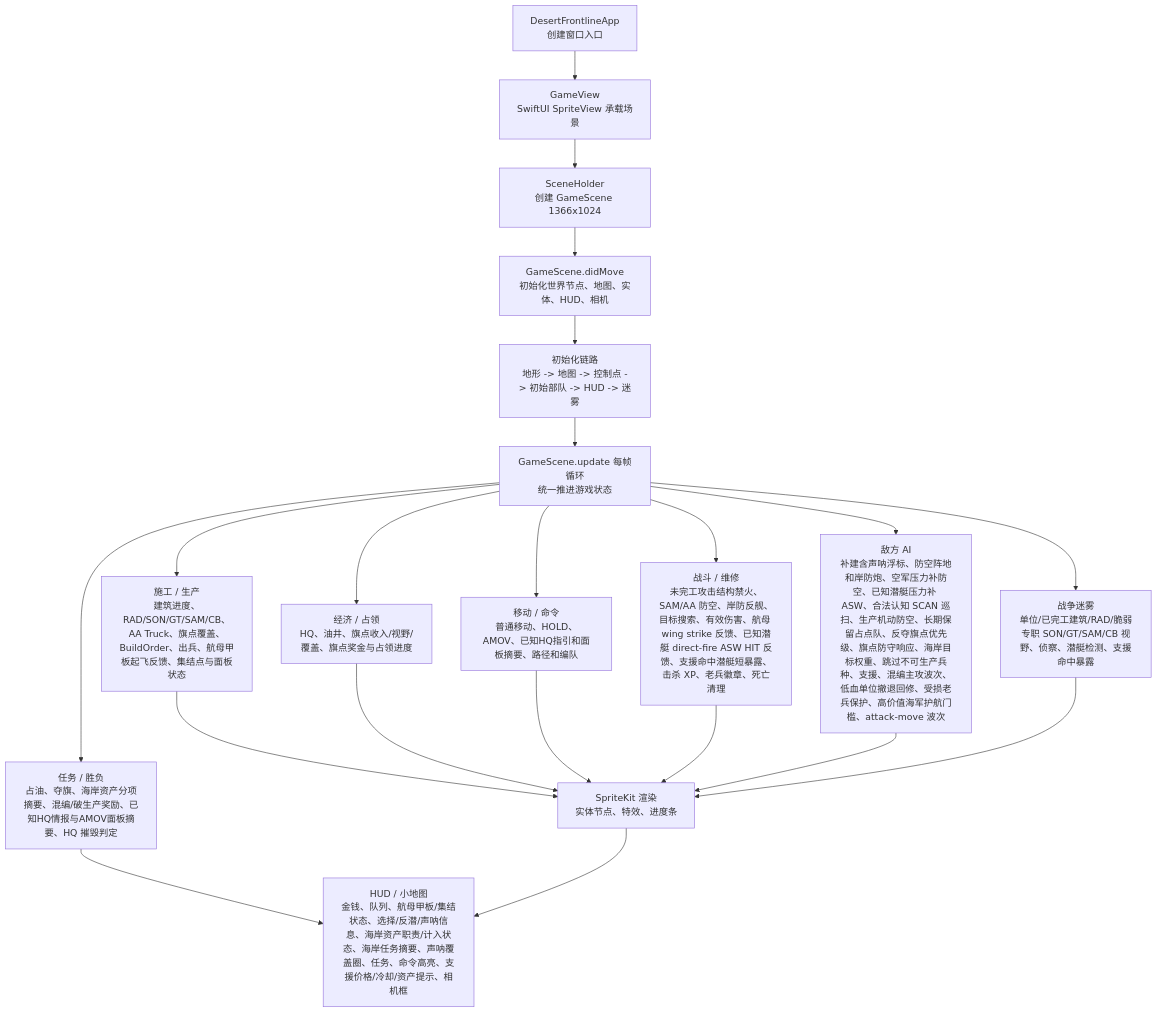
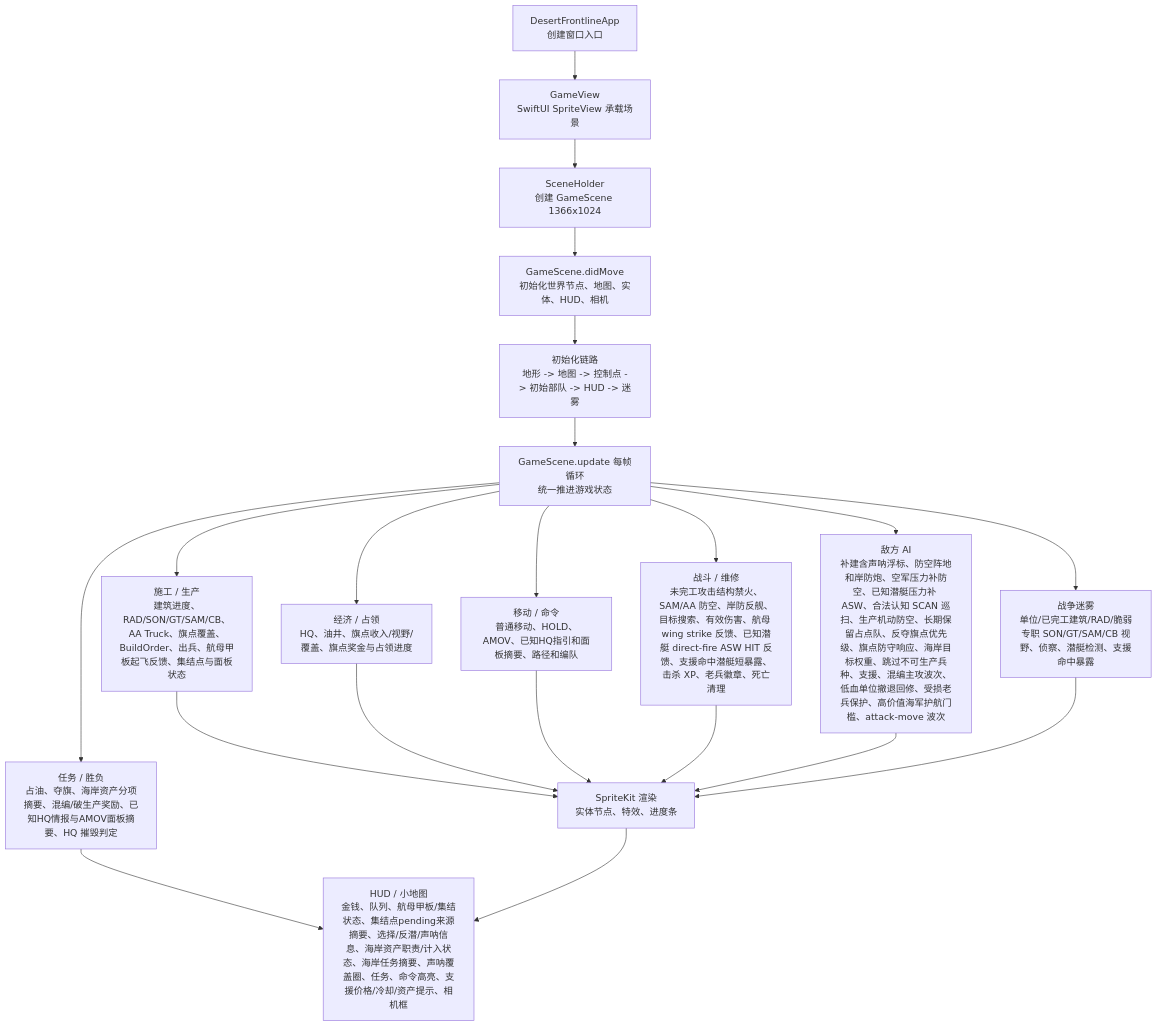
One commit to Altman-sam114/1145 changed the first of 3 diagrams in md/flow/flowchart.md. Above: the diagram before and after it, drawn with Mermaid. The commit also changed other lines of this file and 4 other files, not shown here.

````diff
--- a/md/flow/flowchart.md
+++ b/md/flow/flowchart.md
@@ -9,23 +9,23 @@
 ```mermaid
 flowchart TD
   App["DesertFrontlineApp\n创建窗口入口"] --> View["GameView\nSwiftUI SpriteView 承载场景"]
   View --> Holder["SceneHolder\n创建 GameScene 1366x1024"]
   Holder --> Scene["GameScene.didMove\n初始化世界节点、地图、实体、HUD、相机"]
   Scene --> Init["初始化链路\n地形 -> 地图 -> 控制点 -> 初始部队 -> HUD -> 迷雾"]
   Init --> Loop["GameScene.update 每帧循环\n统一推进游戏状态"]
   Loop --> Build["施工 / 生产\n建筑进度、RAD/SON/GT/SAM/CB、AA Truck、旗点覆盖、BuildOrder、出兵、航母甲板起飞反馈、集结点与面板状态"]
   Loop --> Economy["经济 / 占领\nHQ、油井、旗点收入/视野/覆盖、旗点奖金与占领进度"]
   Loop --> Commands["移动 / 命令\n普通移动、HOLD、AMOV、已知HQ指引和面板摘要、路径和编队"]
   Loop --> Combat["战斗 / 维修\n未完工攻击结构禁火、SAM/AA 防空、岸防反舰、目标搜索、有效伤害、航母 wing strike 反馈、已知潜艇 direct-fire ASW HIT 反馈、支援命中潜艇短暴露、击杀 XP、老兵徽章、死亡清理"]
   Loop --> AI["敌方 AI\n补建含声呐浮标、防空阵地和岸防炮、空军压力补防空、已知潜艇压力补 ASW、合法认知 SCAN 巡扫、生产机动防空、长期保留占点队、反夺旗点优先级、旗点防守响应、海岸目标权重、跳过不可生产兵种、支援、混编主攻波次、低血单位撤退回修、受损老兵保护、高价值海军护航门槛、attack-move 波次"]
   Loop --> Fog["战争迷雾\n单位/已完工建筑/RAD/脆弱专职 SON/GT/SAM/CB 视野、侦察、潜艇检测、支援命中暴露"]
   Loop --> Mission["任务 / 胜负\n占油、夺旗、海岸资产分项摘要、混编/破生产奖励、已知HQ情报与AMOV面板摘要、HQ 摧毁判定"]
   Build --> Render["SpriteKit 渲染\n实体节点、特效、进度条"]
   Economy --> Render
   Commands --> Render
   Combat --> Render
   AI --> Render
   Fog --> Render
-  Mission --> HUD["HUD / 小地图\n金钱、队列、航母甲板/集结状态、选择/反潜/声呐信息、海岸资产职责/计入状态、海岸任务摘要、声呐覆盖圈、任务、命令高亮、支援价格/冷却/资产提示、相机框"]
+  Mission --> HUD["HUD / 小地图\n金钱、队列、航母甲板/集结状态、集结点pending来源摘要、选择/反潜/声呐信息、海岸资产职责/计入状态、海岸任务摘要、声呐覆盖圈、任务、命令高亮、支援价格/冷却/资产提示、相机框"]
   Render --> HUD
 ```
````
